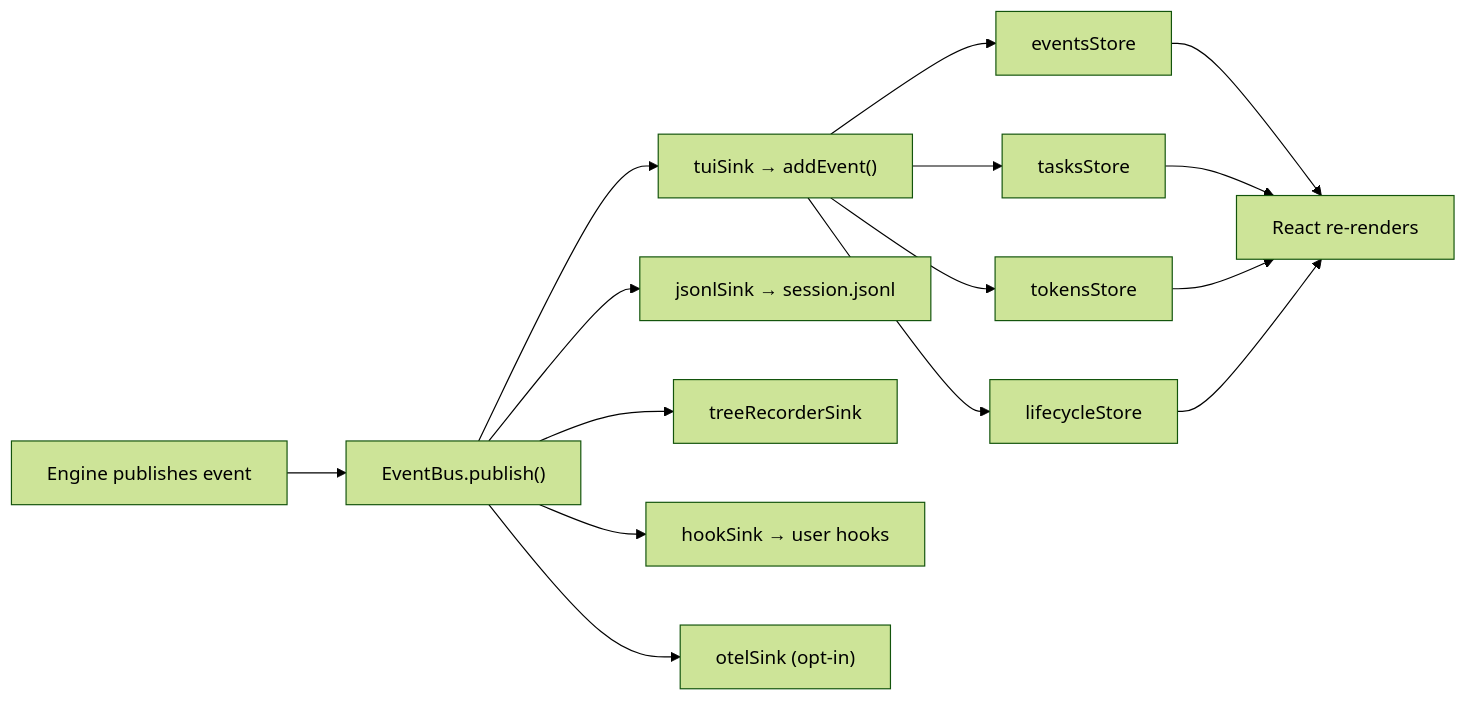
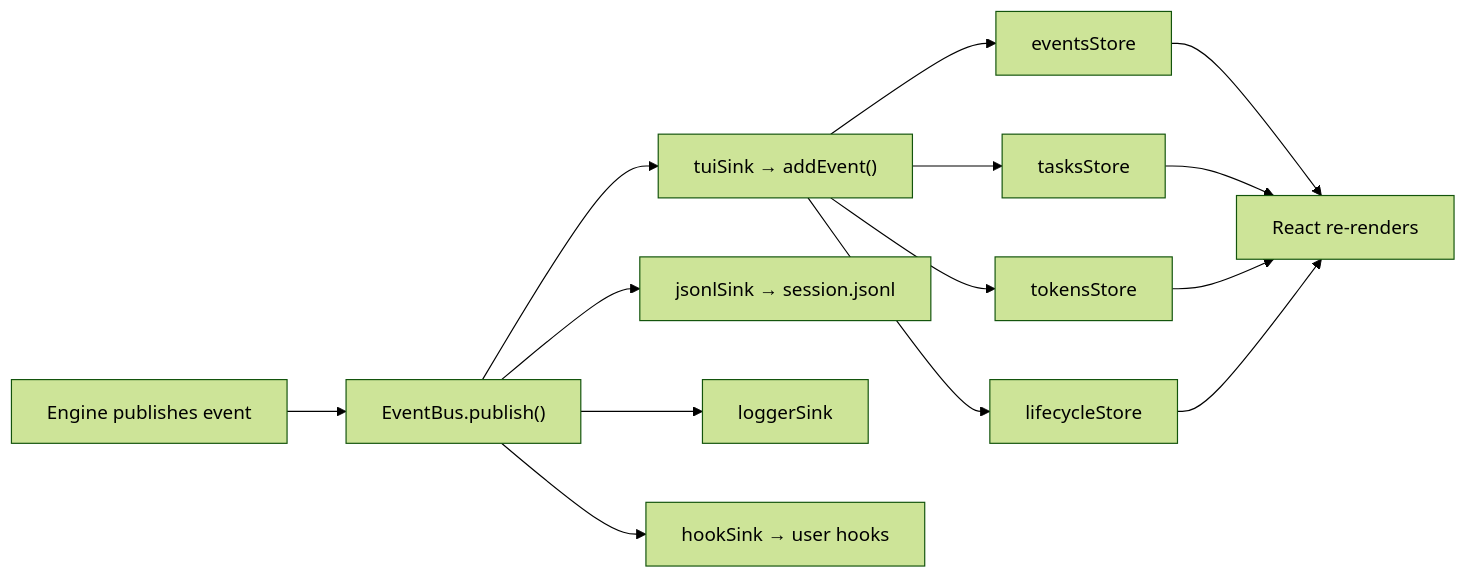
The second of 2 diagrams in docs/HOW-IT-WORKS.md (b4r7x/splitbrief), drawn with Mermaid (forest theme) before and after one commit. The commit also changed other lines of this file and 1081 other files, not shown here.

````diff
--- a/docs/HOW-IT-WORKS.md
+++ b/docs/HOW-IT-WORKS.md
@@ -187,17 +169,16 @@
 ```mermaid
 graph LR
     Engine["Engine publishes event"] --> Bus["EventBus.publish()"]
     Bus --> TUI["tuiSink → addEvent()"]
     Bus --> JSONL["jsonlSink → session.jsonl"]
-    Bus --> Tree["treeRecorderSink"]
+    Bus --> Log["loggerSink"]
     Bus --> Hook["hookSink → user hooks"]
-    Bus --> OTel["otelSink (opt-in)"]
     TUI --> Events["eventsStore"]
     TUI --> Tasks["tasksStore"]
     TUI --> Tokens["tokensStore"]
     TUI --> Lifecycle["lifecycleStore"]
     Events --> React["React re-renders"]
     Tasks --> React
     Tokens --> React
     Lifecycle --> React
 ```
````
